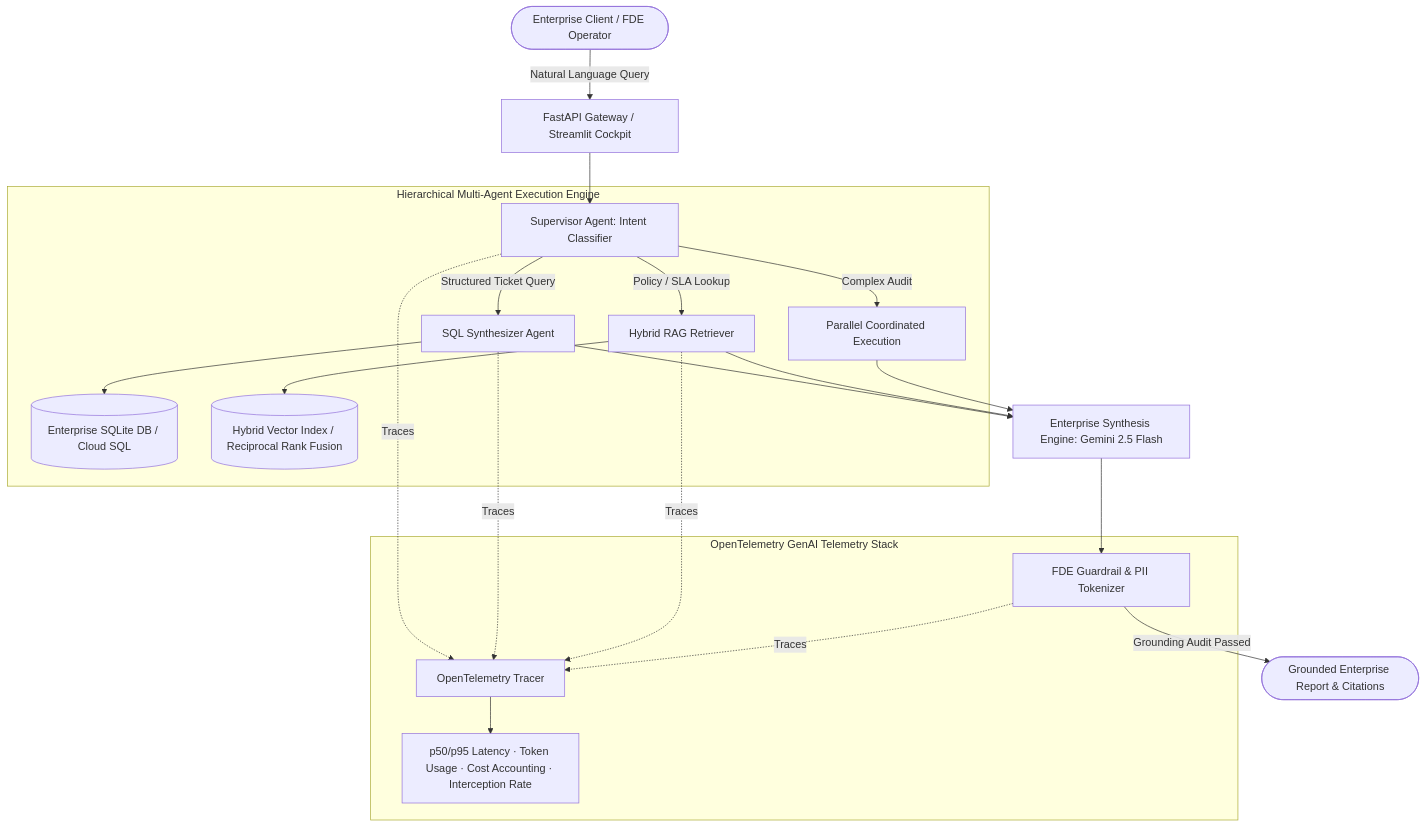
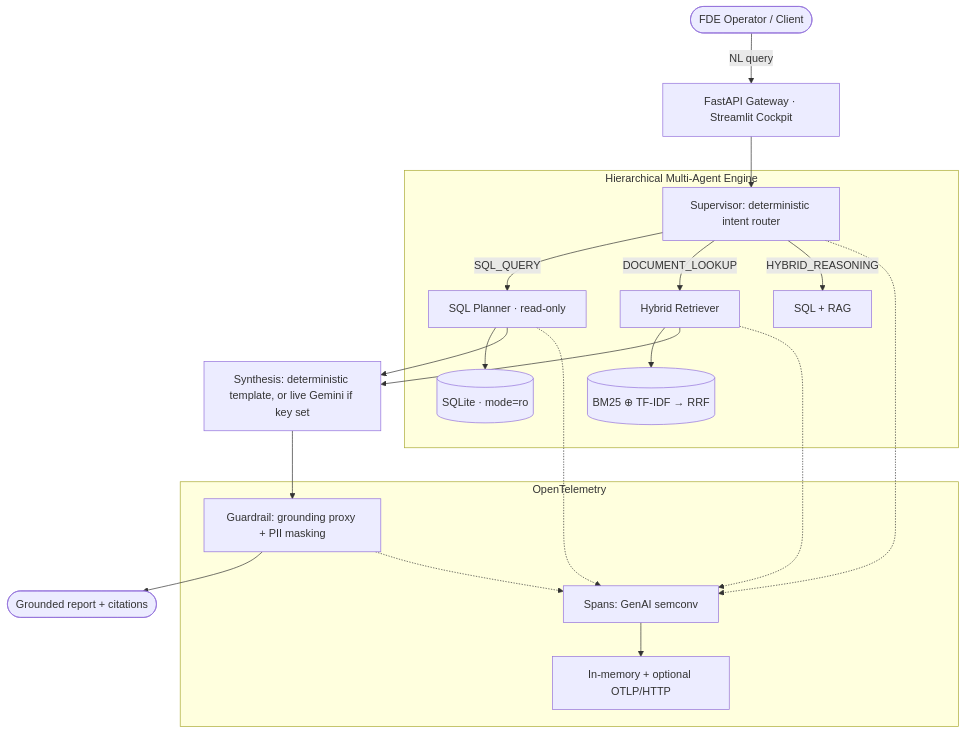
One commit to The-AnkitPatel/NexusOps changed the diagram in README.md. Above: the diagram before and after it, drawn with Mermaid. The commit also changed other lines of this file and 14 other files, not shown here.

````diff
--- a/README.md
+++ b/README.md
@@ -10,29 +43,26 @@
 ```mermaid
 flowchart TD
-    User([Enterprise Client / FDE Operator]) -->|Natural Language Query| API[FastAPI Gateway / Streamlit Cockpit]
-    API --> Supervisor[Supervisor Agent: Intent Classifier]
-    
-    subgraph MultiAgentEngine [Hierarchical Multi-Agent Execution Engine]
-        Supervisor -->|Structured Ticket Query| SQL[SQL Synthesizer Agent]
-        Supervisor -->|Policy / SLA Lookup| RAG[Hybrid RAG Retriever]
-        Supervisor -->|Complex Audit| Hybrid[Parallel Coordinated Execution]
-        
-        SQL --> SQLite[(Enterprise SQLite DB / Cloud SQL)]
-        RAG --> DenseBM25[(Hybrid Vector Index / Reciprocal Rank Fusion)]
+    User([FDE Operator / Client]) -->|NL query| API[FastAPI Gateway · Streamlit Cockpit]
+    API --> Sup[Supervisor: deterministic intent router]
+
+    subgraph Engine [Hierarchical Multi-Agent Engine]
+        Sup -->|SQL_QUERY| SQL[SQL Planner · read-only]
+        Sup -->|DOCUMENT_LOOKUP| RAG[Hybrid Retriever]
+        Sup -->|HYBRID_REASONING| Both[SQL + RAG]
+        SQL --> DB[(SQLite · mode=ro)]
+        RAG --> Index[(BM25 ⊕ TF-IDF → RRF)]
     end
-    
-    SQL --> Synth[Enterprise Synthesis Engine: Gemini 2.5 Flash]
+
+    SQL --> Synth[Synthesis: deterministic template, or live Gemini if key set]
     RAG --> Synth
-    Hybrid --> Synth
-    
-    Synth --> Guardrail[FDE Guardrail & PII Tokenizer]
-    Guardrail -->|Grounding Audit Passed| VerifiedResponse([Grounded Enterprise Report & Citations])
-    
-    subgraph Observability [OpenTelemetry GenAI Telemetry Stack]
-        Supervisor -.->|Traces| OTel[OpenTelemetry Tracer]
-        SQL -.->|Traces| OTel
-        RAG -.->|Traces| OTel
-        Guardrail -.->|Traces| OTel
-        OTel --> Metrics[p50/p95 Latency · Token Usage · Cost Accounting · Interception Rate]
+    Synth --> Guard[Guardrail: grounding proxy + PII masking]
+    Guard --> Out([Grounded report + citations])
+
+    subgraph Obs [OpenTelemetry]
+        Sup -.-> OTel[Spans: GenAI semconv]
+        SQL -.-> OTel
+        RAG -.-> OTel
+        Guard -.-> OTel
+        OTel --> Export[In-memory + optional OTLP/HTTP]
     end
 ```
````
